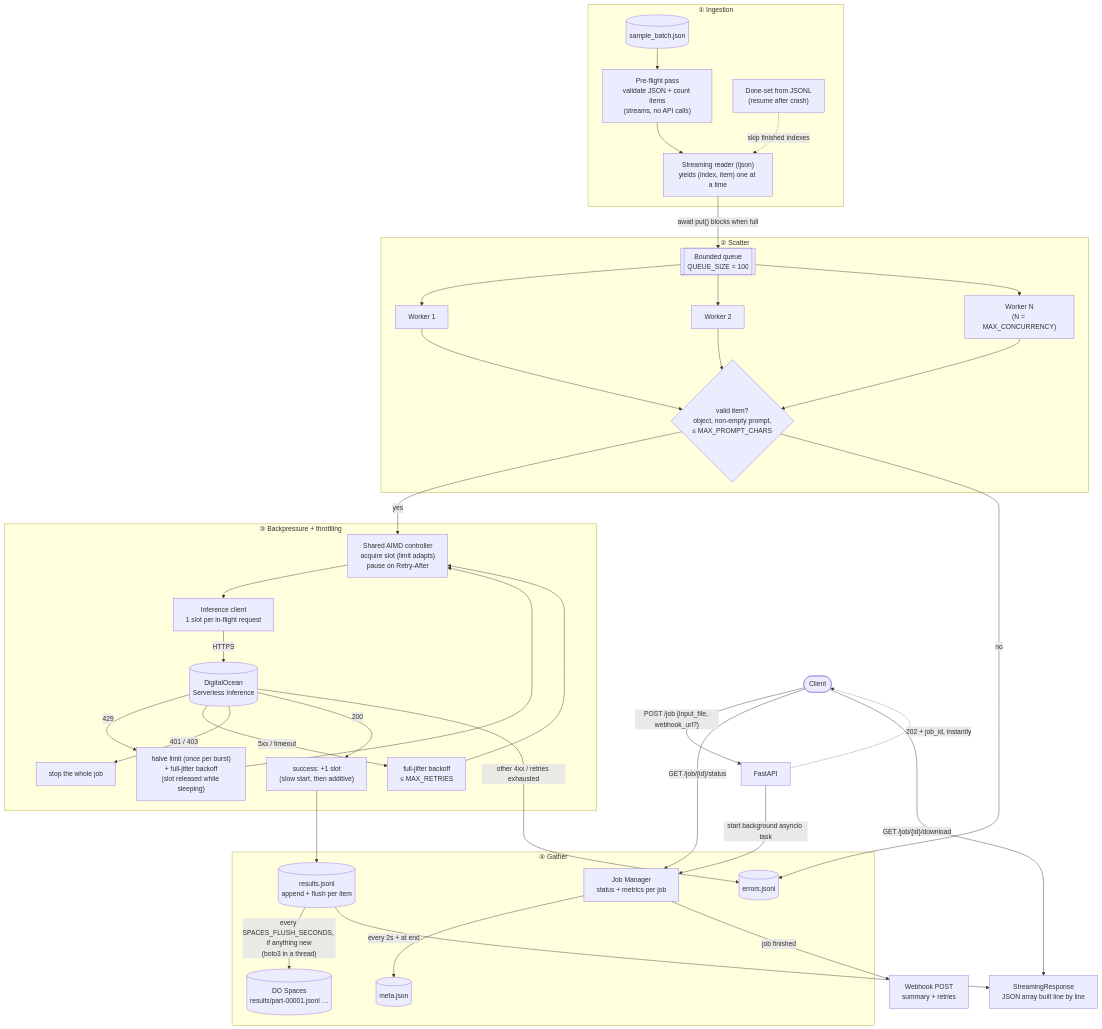
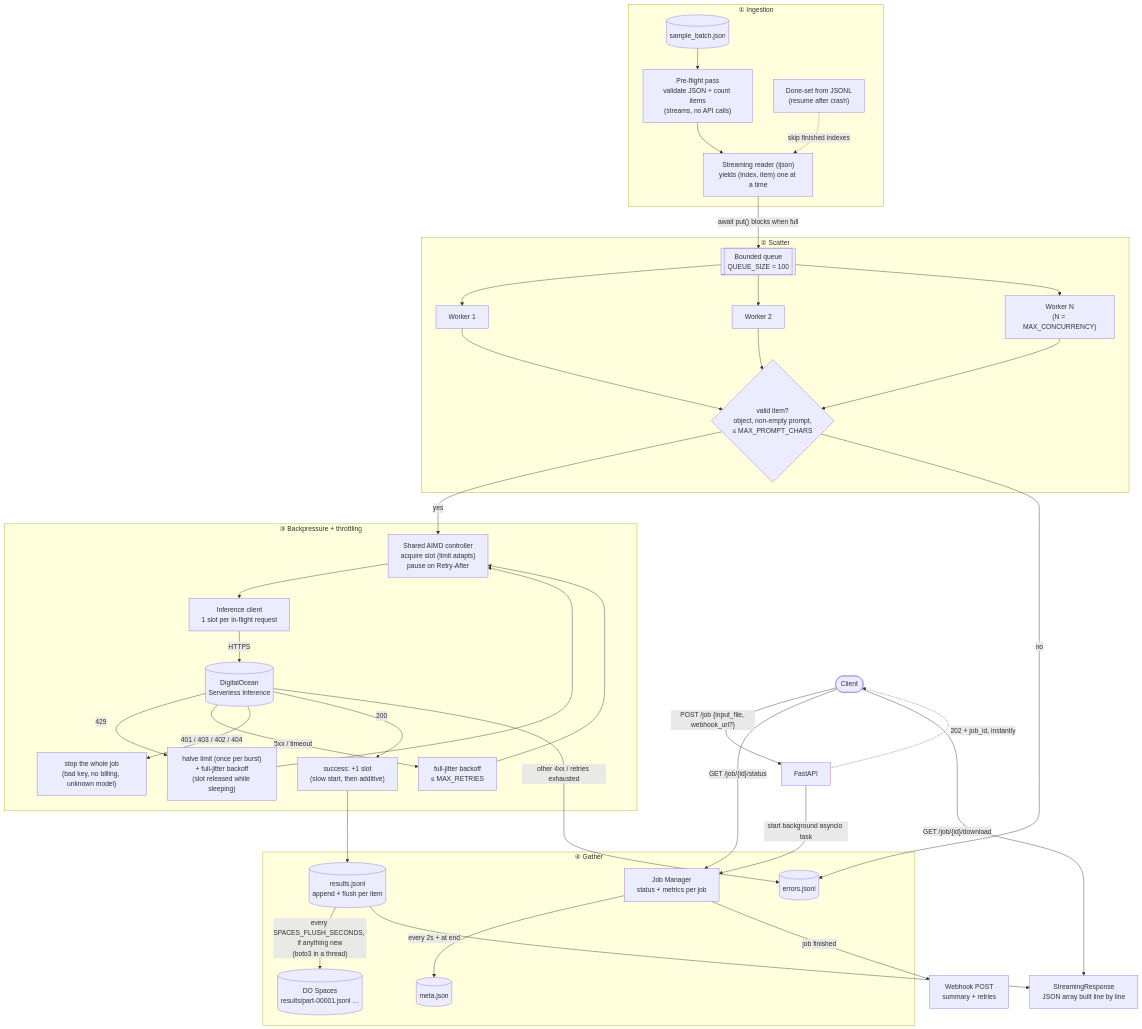
One commit to ishani2202/batch-inference-engine changed the diagram in docs/architecture.md. Above: the diagram before and after it, drawn with Mermaid. The commit also changed other lines of this file, not shown here.

Commit message:
Architecture doc: 402 and 404 also stop the job

````diff
--- a/docs/architecture.md
+++ b/docs/architecture.md
@@ -3,45 +3,45 @@
 ```mermaid
 flowchart TD
     Client([Client]) -->|"POST /job {input_file, webhook_url?}"| API[FastAPI]
     API -.->|"202 + job_id, instantly"| Client
     API -->|"start background asyncio task"| JM["Job Manager<br/>status + metrics per job"]
 
     subgraph ING["① Ingestion"]
         F[("sample_batch.json")] --> PF["Pre-flight pass<br/>validate JSON + count items<br/>(streams, no API calls)"]
         PF --> R["Streaming reader (ijson)<br/>yields (index, item) one at a time"]
         DS["Done-set from JSONL<br/>(resume after crash)"] -.->|"skip finished indexes"| R
     end
 
     subgraph SCAT["② Scatter"]
         R -->|"await put() blocks when full"| Q[["Bounded queue<br/>QUEUE_SIZE = 100"]]
         Q --> W1[Worker 1]
         Q --> W2[Worker 2]
         Q --> WN["Worker N<br/>(N = MAX_CONCURRENCY)"]
         W1 & W2 & WN --> V{"valid item?<br/>object, non-empty prompt,<br/>≤ MAX_PROMPT_CHARS"}
     end
 
     subgraph BP["③ Backpressure + throttling"]
         V -->|yes| L["Shared AIMD controller<br/>acquire slot (limit adapts)<br/>pause on Retry-After"]
         L --> C["Inference client<br/>1 slot per in-flight request"]
         C -->|HTTPS| DO[("DigitalOcean<br/>Serverless Inference")]
         DO -->|"429"| L2["halve limit (once per burst)<br/>+ full-jitter backoff<br/>(slot released while sleeping)"]
         DO -->|"5xx / timeout"| B["full-jitter backoff<br/>≤ MAX_RETRIES"]
-        DO -->|"401 / 403"| X["stop the whole job"]
+        DO -->|"401 / 403 / 402 / 404"| X["stop the whole job<br/>(bad key, no billing, unknown model)"]
         DO -->|"200"| S["success: +1 slot<br/>(slow start, then additive)"]
         L2 --> L
         B --> L
     end
 
     subgraph GATH["④ Gather"]
         S --> RJ[("results.jsonl<br/>append + flush per item")]
         V -->|no| EJ[("errors.jsonl")]
         DO -->|"other 4xx / retries exhausted"| EJ
         RJ -->|"every SPACES_FLUSH_SECONDS, if anything new<br/>(boto3 in a thread)"| SP[("DO Spaces<br/>results/part-00001.jsonl …")]
         JM -->|"every 2s + at end"| MJ[("meta.json")]
     end
 
     JM -->|"job finished"| WH["Webhook POST<br/>summary + retries"]
     Client -->|"GET /job/{id}/status"| JM
     Client -->|"GET /job/{id}/download"| DL["StreamingResponse<br/>JSON array built line by line"]
     RJ --> DL
 ```
````
